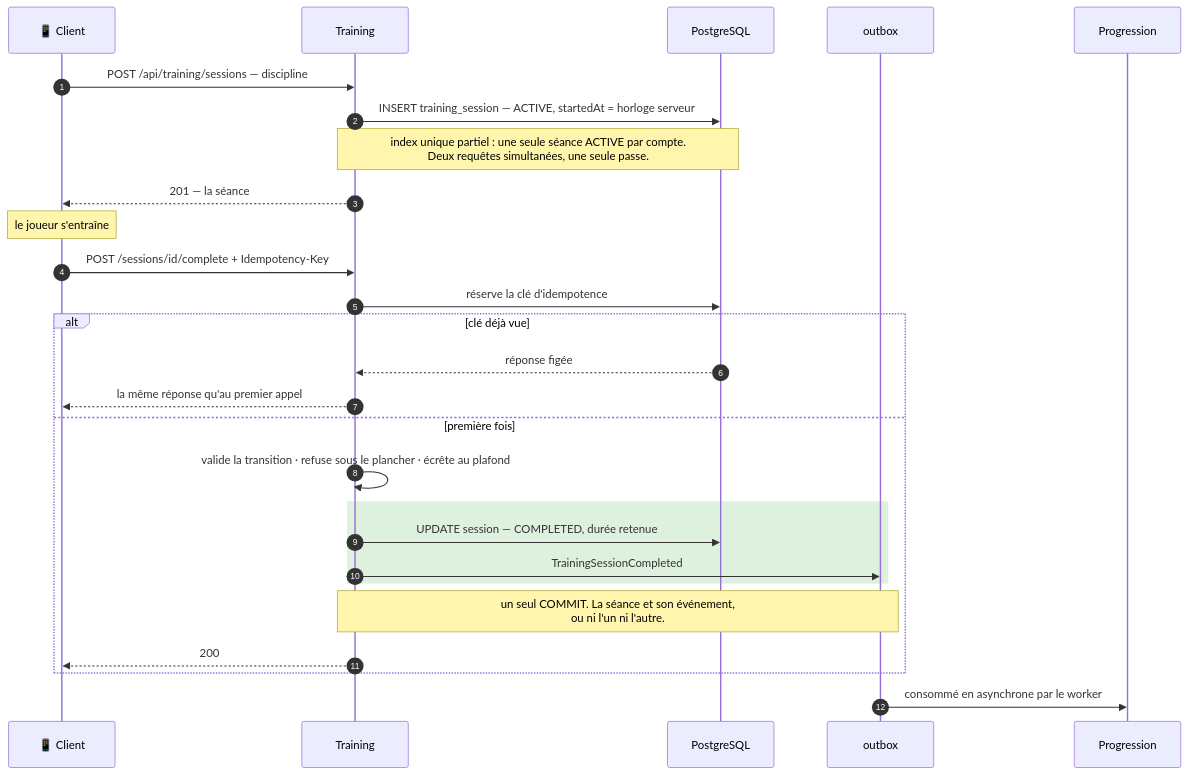
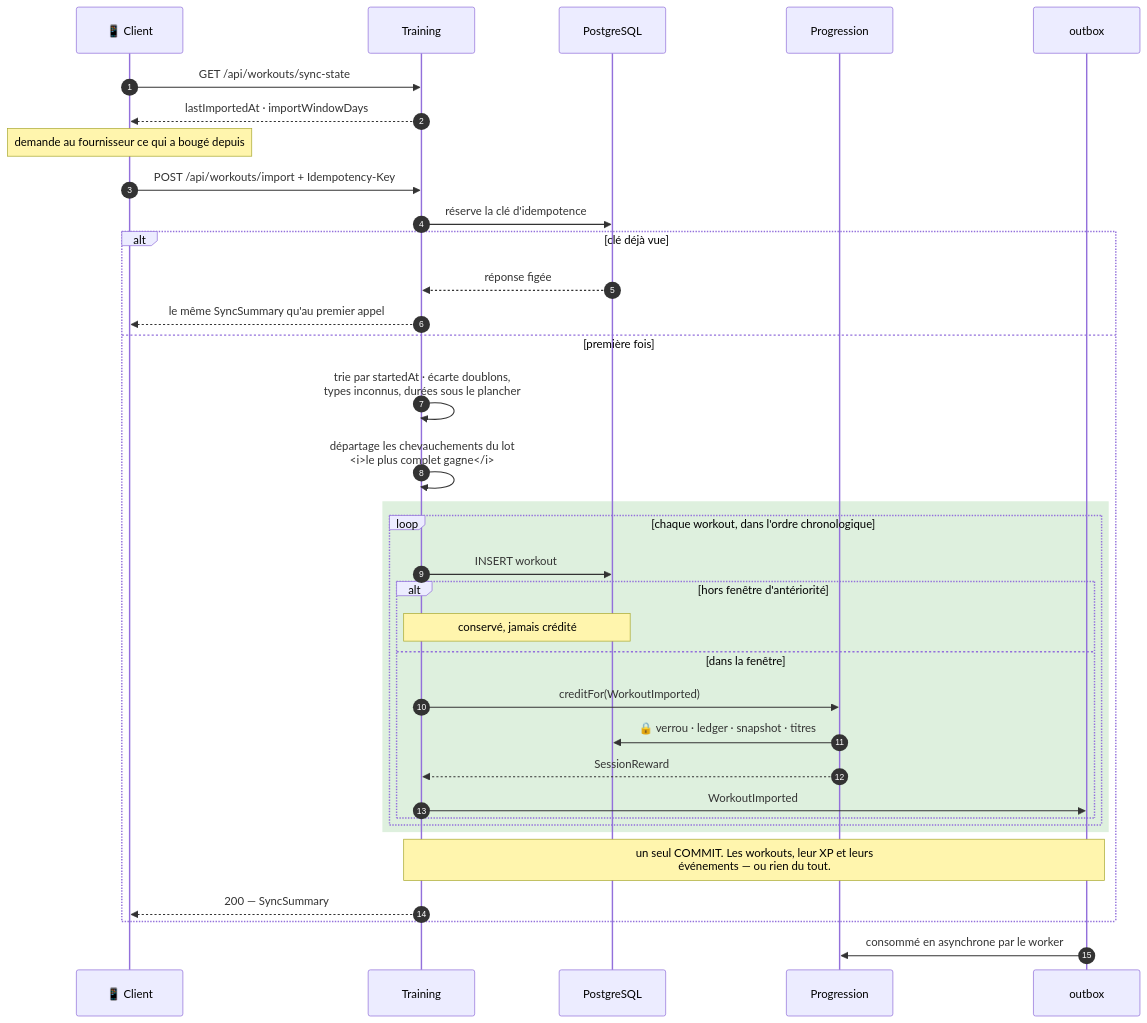
Before and after one commit to younesdiouri/grrind-back: the fifth of 13 diagrams in ARCHITECTURE.md, drawn with Mermaid. The commit also changed other lines of this file and 2 other files, not shown here.

First line of the commit message:
docs: acter le virage santé dans CLAUDE.md et ARCHITECTURE.md

````diff
--- a/ARCHITECTURE.md
+++ b/ARCHITECTURE.md
@@ -126,33 +143,40 @@
 ```mermaid
 sequenceDiagram
     autonumber
     participant C as 📱 Client
     participant T as Training
     participant DB as PostgreSQL
+    participant P as Progression
     participant OB as outbox
-    participant P as Progression
 
-    C->>T: POST /api/training/sessions — discipline
-    T->>DB: INSERT training_session — ACTIVE, startedAt = horloge serveur
-    Note over T,DB: index unique partiel : une seule séance ACTIVE par compte.<br/>Deux requêtes simultanées, une seule passe.
-    T-->>C: 201 — la séance
+    C->>T: GET /api/workouts/sync-state
+    T-->>C: lastImportedAt · importWindowDays
+    Note over C: demande au fournisseur ce qui a bougé depuis
 
-    Note over C: le joueur s'entraîne
-
-    C->>T: POST /sessions/id/complete + Idempotency-Key
+    C->>T: POST /api/workouts/import + Idempotency-Key
     T->>DB: réserve la clé d'idempotence
     alt clé déjà vue
         DB-->>T: réponse figée
-        T-->>C: la même réponse qu'au premier appel
+        T-->>C: le même SyncSummary qu'au premier appel
     else première fois
-        T->>T: valide la transition · refuse sous le plancher · écrête au plafond
+        T->>T: trie par startedAt · écarte doublons,<br/>types inconnus, durées sous le plancher
+        T->>T: départage les chevauchements du lot<br/><i>le plus complet gagne</i>
         rect rgb(222,240,222)
-            T->>DB: UPDATE session — COMPLETED, durée retenue
-            T->>OB: TrainingSessionCompleted
+            loop chaque workout, dans l'ordre chronologique
+                T->>DB: INSERT workout
+                alt hors fenêtre d'antériorité
+                    Note over T,DB: conservé, jamais crédité
+                else dans la fenêtre
+                    T->>P: creditFor(WorkoutImported)
+                    P->>DB: 🔒 verrou · ledger · snapshot · titres
+                    P-->>T: SessionReward
+                    T->>OB: WorkoutImported
+                end
+            end
         end
-        Note over T,OB: un seul COMMIT. La séance et son événement,<br/>ou ni l'un ni l'autre.
-        T-->>C: 200
+        Note over T,OB: un seul COMMIT. Les workouts, leur XP et leurs<br/>événements — ou rien du tout.
+        T-->>C: 200 — SyncSummary
     end
 
     OB->>P: consommé en asynchrone par le worker
 ```
````
